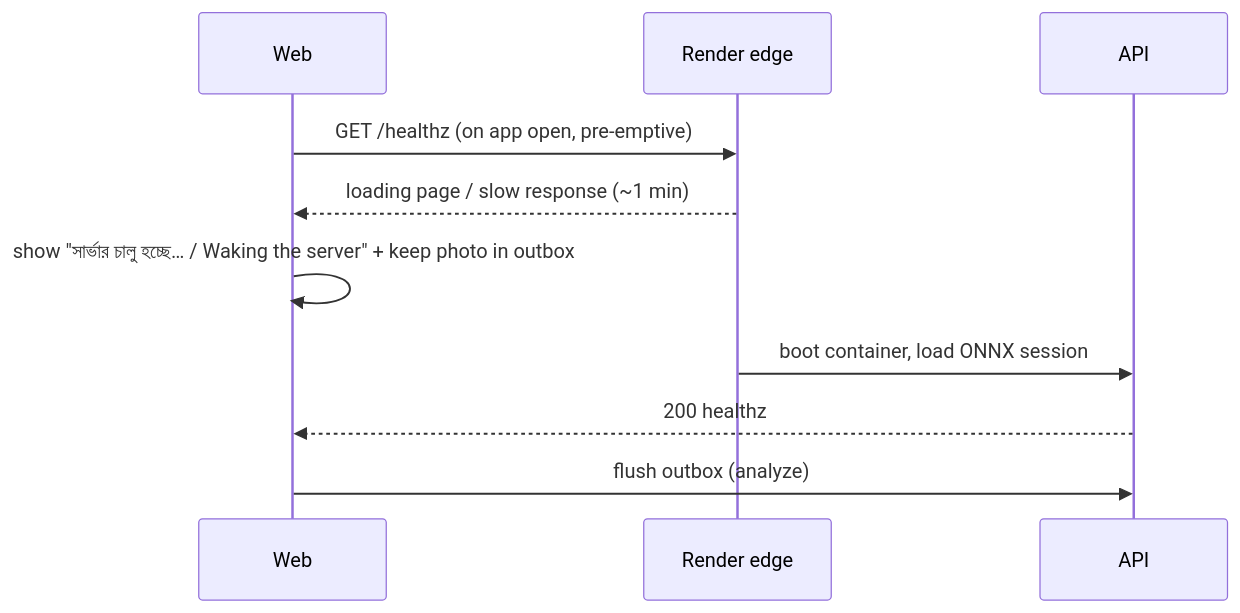
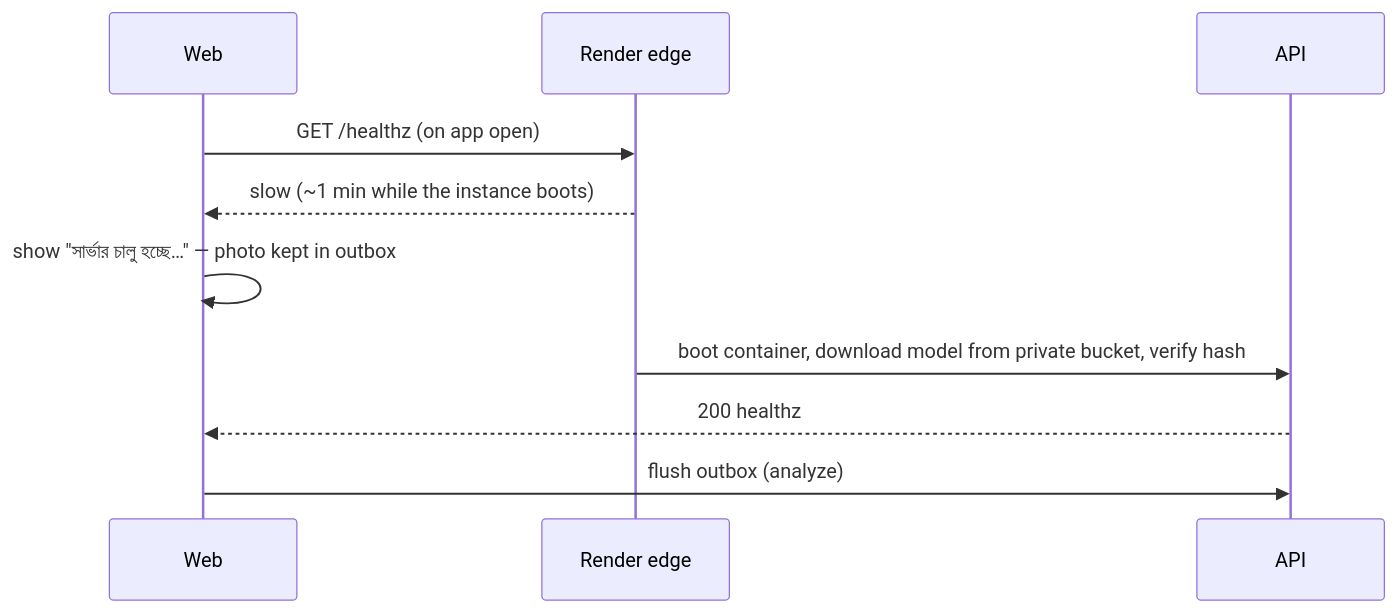
Before and after one commit to muhtasim-apon/Infinity_AI_Buildfest: the second of 5 diagrams in cropguardian/docs/architecture/sequence-diagrams.md, drawn with Mermaid. The commit also changed other lines of this file and 221 other files, not shown here.

````diff
--- a/cropguardian/docs/architecture/sequence-diagrams.md
+++ b/cropguardian/docs/architecture/sequence-diagrams.md
@@ -36,12 +36,12 @@
 ```mermaid
 sequenceDiagram
   participant Web
   participant Render as Render edge
   participant API
-  Web->>Render: GET /healthz (on app open, pre-emptive)
-  Render-->>Web: loading page / slow response (~1 min)
-  Web->>Web: show "সার্ভার চালু হচ্ছে… / Waking the server" + keep photo in outbox
-  Render->>API: boot container, load ONNX session
+  Web->>Render: GET /healthz (on app open)
+  Render-->>Web: slow (~1 min while the instance boots)
+  Web->>Web: show "সার্ভার চালু হচ্ছে…" — photo kept in outbox
+  Render->>API: boot container, download model from private bucket, verify hash
   API-->>Web: 200 healthz
   Web->>API: flush outbox (analyze)
 ```
````
